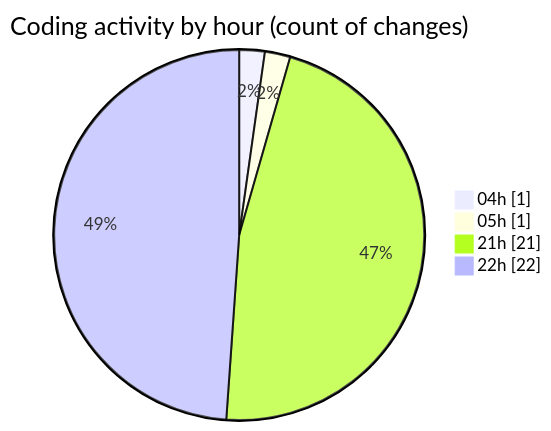
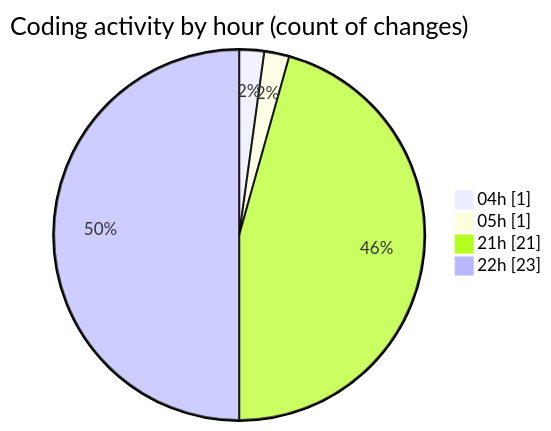
Before and after one commit to idhammustaqopulfikri/code-tracking: the second of 2 diagrams in 2025-03-26/autodidak/README.md, drawn with Mermaid. The commit also changed other lines of this file and 1 other file, not shown here.

````diff
--- a/2025-03-26/autodidak/README.md
+++ b/2025-03-26/autodidak/README.md
@@ -43,8 +43,8 @@
 ```mermaid
 pie showData
 title Coding activity by hour (count of changes)
 "04h" : 1
 "05h" : 1
 "21h" : 21
-"22h" : 22
+"22h" : 23
 ```
````
